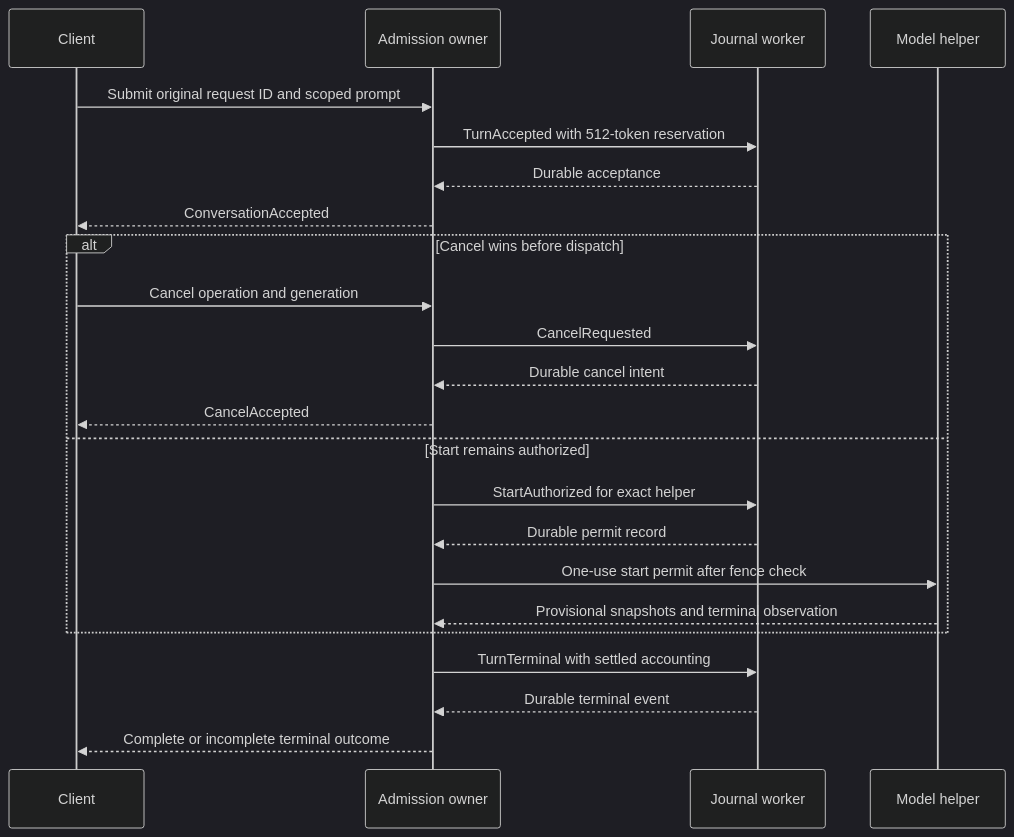
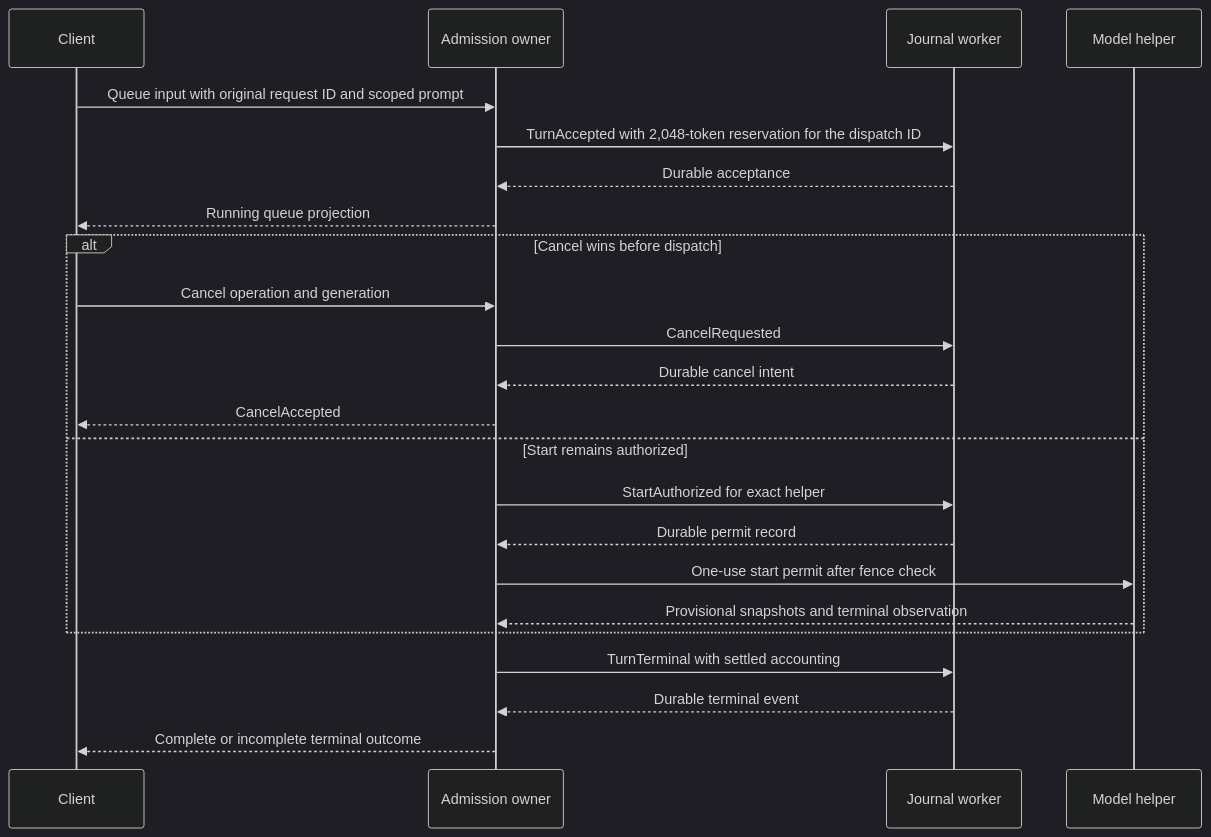
The third of 11 diagrams in docs/designs/conversation-admission.md (pidster/asura), drawn with Mermaid (dark theme) before and after one commit. The commit also changed other lines of this file and 107 other files, not shown here.

````diff
--- a/docs/designs/conversation-admission.md
+++ b/docs/designs/conversation-admission.md
@@ -429,25 +430,25 @@
 ```mermaid
 sequenceDiagram
     participant C as Client
     participant A as Admission owner
     participant J as Journal worker
     participant H as Model helper
-    C->>A: Submit original request ID and scoped prompt
-    A->>J: TurnAccepted with 512-token reservation
+    C->>A: Queue input with original request ID and scoped prompt
+    A->>J: TurnAccepted with 2,048-token reservation for the dispatch ID
     J-->>A: Durable acceptance
-    A-->>C: ConversationAccepted
+    A-->>C: Running queue projection
     alt Cancel wins before dispatch
         C->>A: Cancel operation and generation
         A->>J: CancelRequested
         J-->>A: Durable cancel intent
         A-->>C: CancelAccepted
     else Start remains authorized
         A->>J: StartAuthorized for exact helper
         J-->>A: Durable permit record
         A->>H: One-use start permit after fence check
         H-->>A: Provisional snapshots and terminal observation
     end
     A->>J: TurnTerminal with settled accounting
     J-->>A: Durable terminal event
     A-->>C: Complete or incomplete terminal outcome
 ```
````
